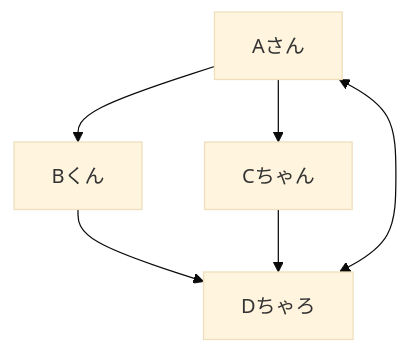
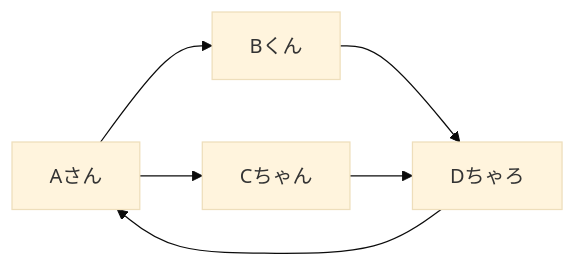
The diagram in README.md (komasn/komasn), drawn with Mermaid (base theme) before and after one commit.

Commit message:
mermaid LR test

````diff
--- a/README.md
+++ b/README.md
@@ -12,8 +12,8 @@
 ```mermaid
-  graph TD;
+  graph LR;
       ID1[Aさん]-->ID2[Bくん];
       ID1-->ID3[Cちゃん];
       ID2-->ID4[Dちゃろ];
       ID3-->ID4;
-      ID4<-->ID1;
+      ID4-->ID1;
 ```
````
